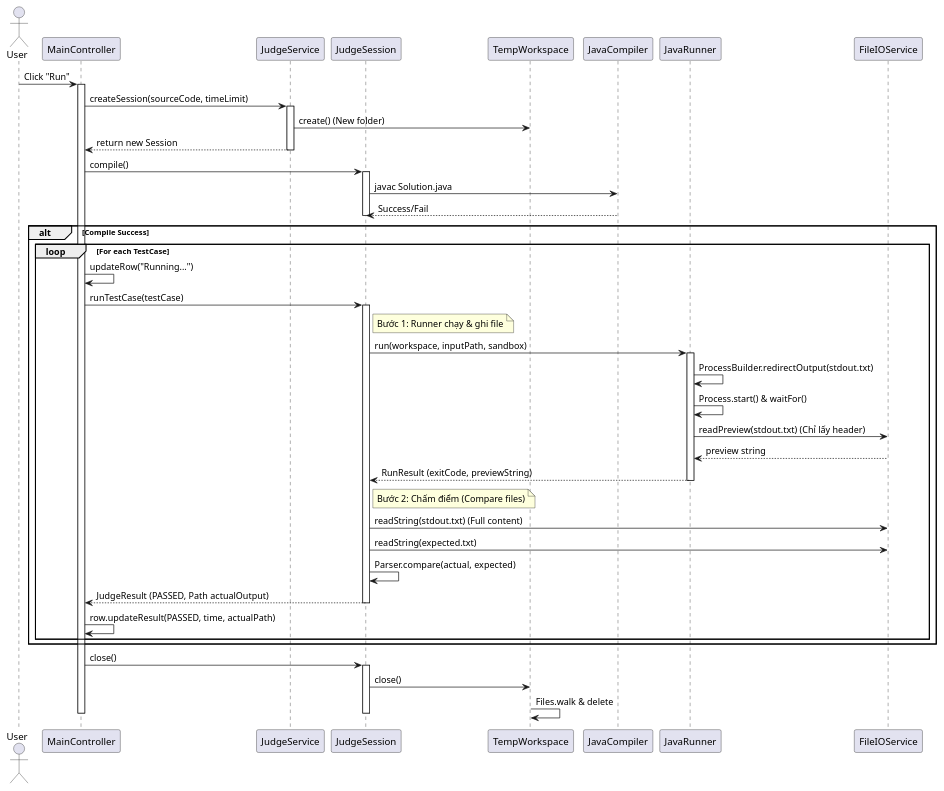
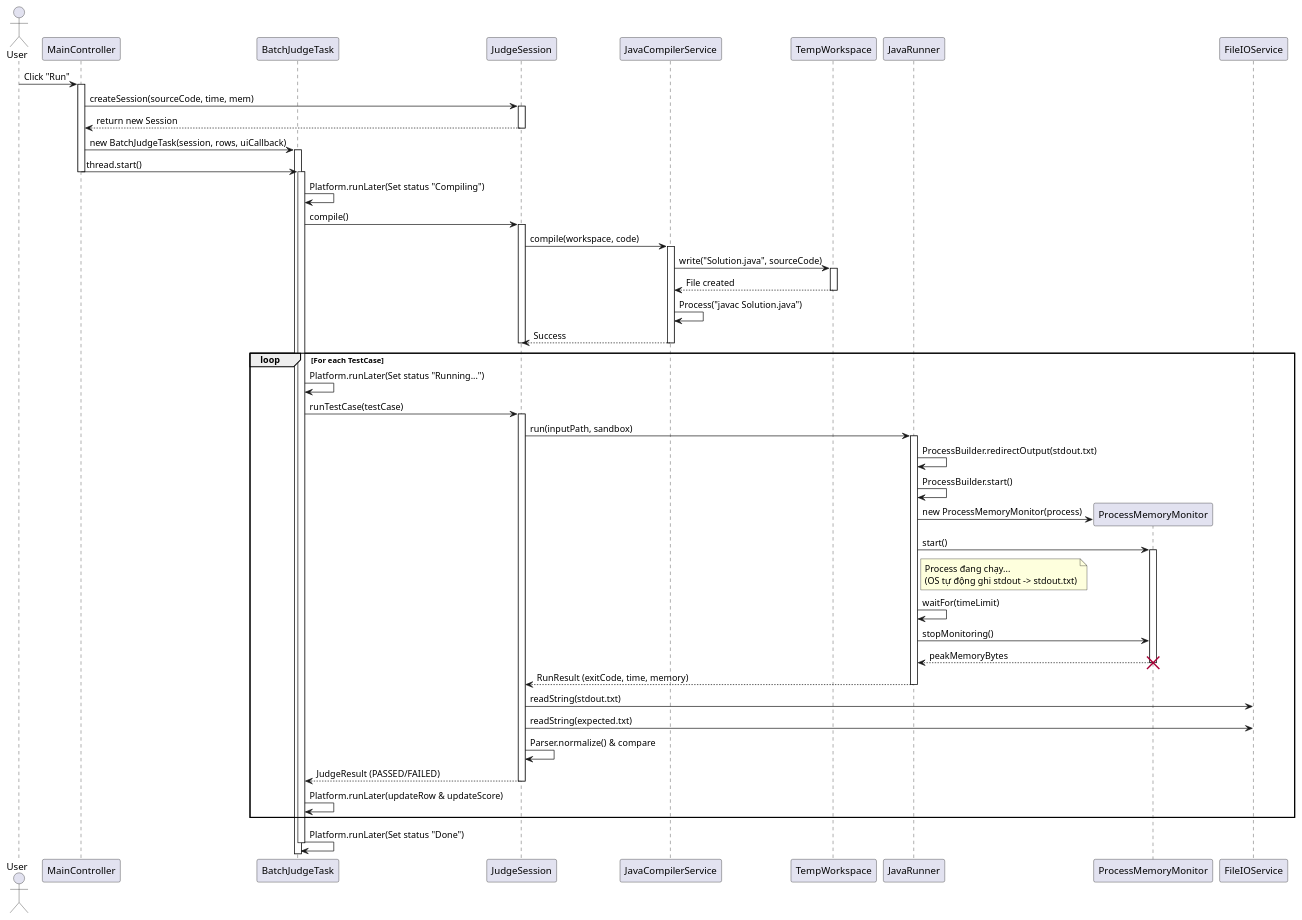
The diagram in plantUML/SeqJudge.puml (huycitEIU/CodeBench), drawn with PlantUML before and after one commit. The commit also changed 19 other files, not shown here.

Commit message:
Thêm splash screen, tinh chỉnh UI. thêm shortcut. Sửa lỗi không không hiển thị chính xác ouput thực tế của testcase được nhập tay.

```diff
--- a/plantUML/SeqJudge.puml
+++ b/plantUML/SeqJudge.puml
@@ -1,62 +1,101 @@
-@startuml Run_Code_Flow
+@startuml Run_Code_Flow_V3
 
 actor User
 participant "MainController" as CTRL
-participant "JudgeService" as JS
+participant "BatchJudgeTask" as TASK
 participant "JudgeSession" as SESSION
+participant "JavaCompilerService" as COMP
 participant "TempWorkspace" as WS
-participant "JavaCompiler" as COMP
 participant "JavaRunner" as RUN
+participant "ProcessMemoryMonitor" as MEM
 participant "FileIOService" as IO
 
 User -> CTRL : Click "Run"
 activate CTRL
 
-CTRL -> JS : createSession(sourceCode, timeLimit)
-activate JS
-JS -> WS : create() (New folder)
-JS --> CTRL : return new Session
-deactivate JS
-
-CTRL -> SESSION : compile()
+' 1. Tạo Session & Task
+CTRL -> SESSION : createSession(sourceCode, time, mem)
 activate SESSION
-SESSION -> COMP : javac Solution.java
-COMP --> SESSION : Success/Fail
+SESSION --> CTRL : return new Session
 deactivate SESSION
 
-alt Compile Success
-    loop For each TestCase
-        CTRL -> CTRL : updateRow("Running...")
-        CTRL -> SESSION : runTestCase(testCase)
-        activate SESSION
+CTRL -> TASK : new BatchJudgeTask(session, rows, uiCallback)
+activate TASK
+CTRL -> TASK : thread.start()
+deactivate CTRL
+' Controller trả về ngay để UI không bị đơ
 
-        note right of SESSION: Bước 1: Runner chạy & ghi file
-        SESSION -> RUN : run(workspace, inputPath, sandbox)
-        activate RUN
-        RUN -> RUN : ProcessBuilder.redirectOutput(stdout.txt)
-        RUN -> RUN : Process.start() & waitFor()
-        RUN -> IO : readPreview(stdout.txt) (Chỉ lấy header)
-        IO --> RUN : preview string
-        RUN --> SESSION : RunResult (exitCode, previewString)
-        deactivate RUN
+' 2. Bắt đầu chạy trong Background Thread
+activate TASK
+TASK -> TASK : Platform.runLater(Set status "Compiling")
 
-        note right of SESSION: Bước 2: Chấm điểm (Compare files)
-        SESSION -> IO : readString(stdout.txt) (Full content)
-        SESSION -> IO : readString(expected.txt)
-        SESSION -> SESSION : Parser.compare(actual, expected)
+TASK -> SESSION : compile()
+activate SESSION
+SESSION -> COMP : compile(workspace, code)
+activate COMP
 
-        SESSION --> CTRL : JudgeResult (PASSED, Path actualOutput)
-        deactivate SESSION
+' --- [FIX] BƯỚC QUAN TRỌNG: GHI FILE SOURCE TRƯỚC ---
+COMP -> WS : write("Solution.java", sourceCode)
+activate WS
+WS --> COMP : File created
+deactivate WS
+' ----------------------------------------------------
 
-        CTRL -> CTRL : row.updateResult(PASSED, time, actualPath)
-    end
+COMP -> COMP : Process("javac Solution.java")
+COMP --> SESSION : Success
+deactivate COMP
+deactivate SESSION
+
+' 3. Vòng lặp chấm bài
+loop For each TestCase
+    TASK -> TASK : Platform.runLater(Set status "Running...")
+
+    TASK -> SESSION : runTestCase(testCase)
+    activate SESSION
+
+    ' 3.1 Runner chạy Process
+    SESSION -> RUN : run(inputPath, sandbox)
+    activate RUN
+
+    ' Runner cấu hình redirect output vào file trong Workspace
+    RUN -> RUN : ProcessBuilder.redirectOutput(stdout.txt)
+    RUN -> RUN : ProcessBuilder.start()
+
+    ' 3.2 Khởi động Monitor đo RAM
+    create MEM
+    RUN -> MEM : new ProcessMemoryMonitor(process)
+    RUN -> MEM : start()
+    activate MEM
+
+    ' Process thực tế sẽ tự động ghi output vào file do OS quản lý
+    note right of RUN
+       Process đang chạy...
+       (OS tự động ghi stdout -> stdout.txt)
+    end note
+
+    RUN -> RUN : waitFor(timeLimit)
+
+    RUN -> MEM : stopMonitoring()
+    MEM --> RUN : peakMemoryBytes
+    deactivate MEM
+    destroy MEM
+
+    RUN --> SESSION : RunResult (exitCode, time, memory)
+    deactivate RUN
+
+    ' 3.3 So sánh kết quả
+    SESSION -> IO : readString(stdout.txt)
+    SESSION -> IO : readString(expected.txt)
+    SESSION -> SESSION : Parser.normalize() & compare
+
+    SESSION --> TASK : JudgeResult (PASSED/FAILED)
+    deactivate SESSION
+
+    ' 3.4 Cập nhật UI
+    TASK -> TASK : Platform.runLater(updateRow & updateScore)
 end
 
-CTRL -> SESSION : close()
-activate SESSION
-SESSION -> WS : close()
-WS -> WS : Files.walk & delete
-deactivate SESSION
+TASK -> TASK : Platform.runLater(Set status "Done")
+deactivate TASK
 
-deactivate CTRL
 @enduml
```
